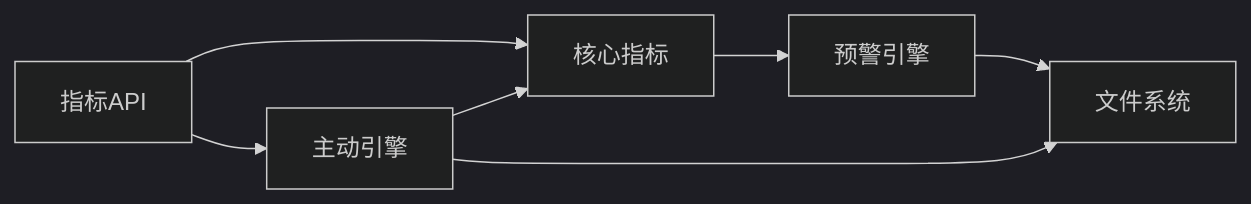
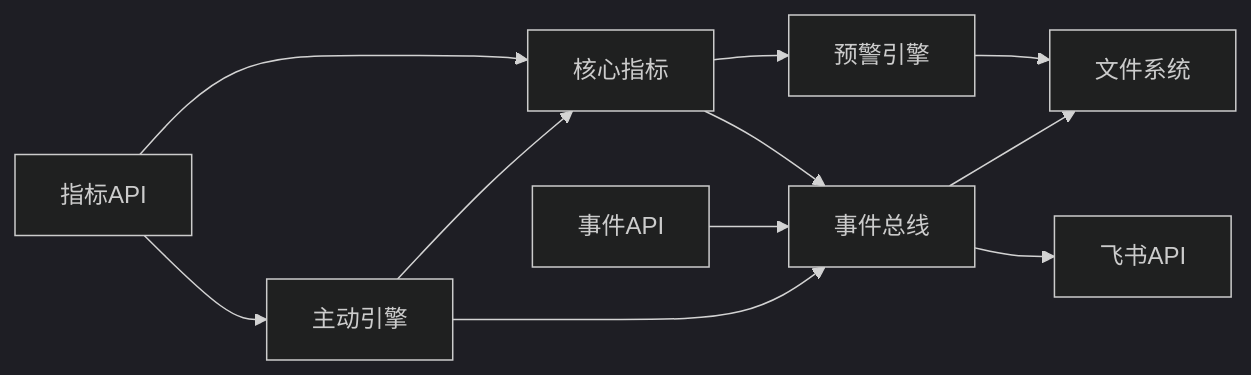
Before and after one commit to angledick/-: the ninth of 9 diagrams in .qoder/repowiki/zh/content/监控与运维/系统健康监控.md, drawn with Mermaid (dark theme). The commit also changed other lines of this file and 193 other files, not shown here.

````diff
--- a/.qoder/repowiki/zh/content/监控与运维/系统健康监控.md
+++ b/.qoder/repowiki/zh/content/监控与运维/系统健康监控.md
@@ -304,9 +452,13 @@
 ```mermaid
 graph LR
 API["指标API"] --> CORE["核心指标"]
 API --> PRO["主动引擎"]
+EVENT_API["事件API"] --> EVENT_BUS["事件总线"]
 CORE --> ALERT["预警引擎"]
+CORE --> EVENT_BUS
 PRO --> CORE
-PRO --> FS["文件系统"]
+PRO --> EVENT_BUS
+EVENT_BUS --> FS["文件系统"]
+EVENT_BUS --> FEISHU["飞书API"]
 ALERT --> FS
 ```
````
